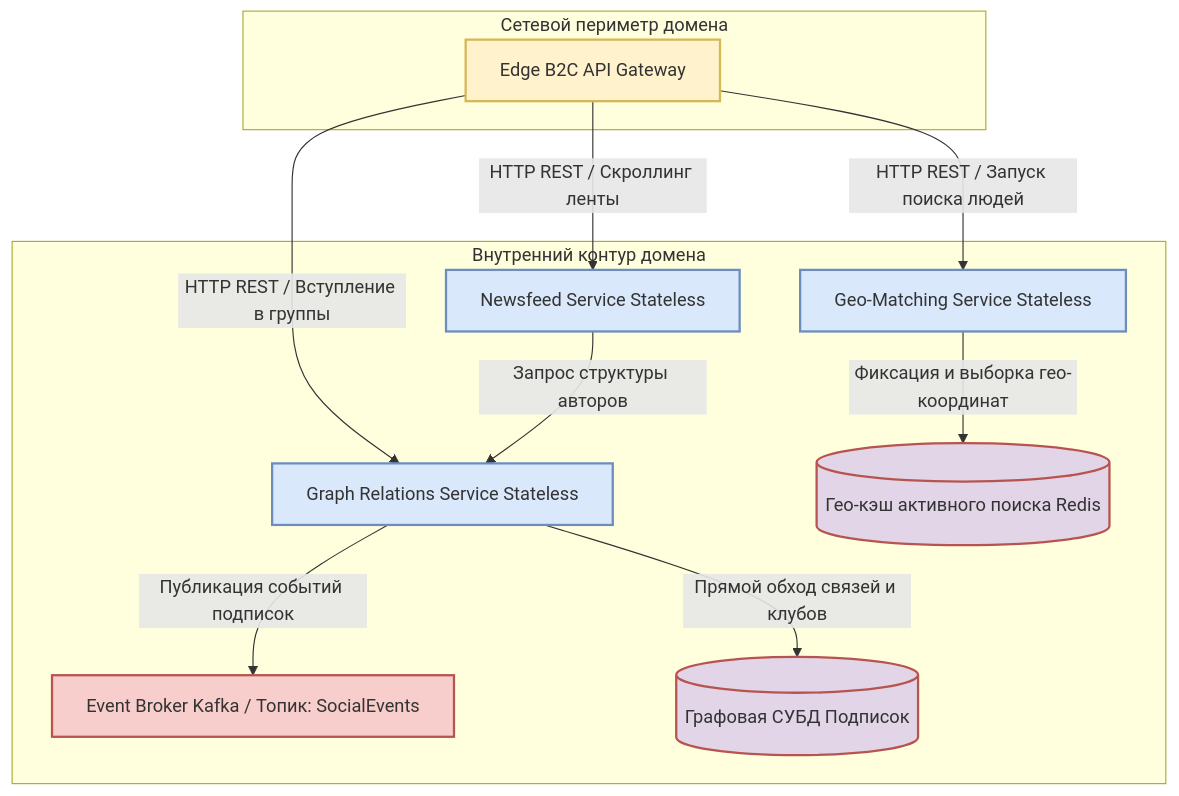
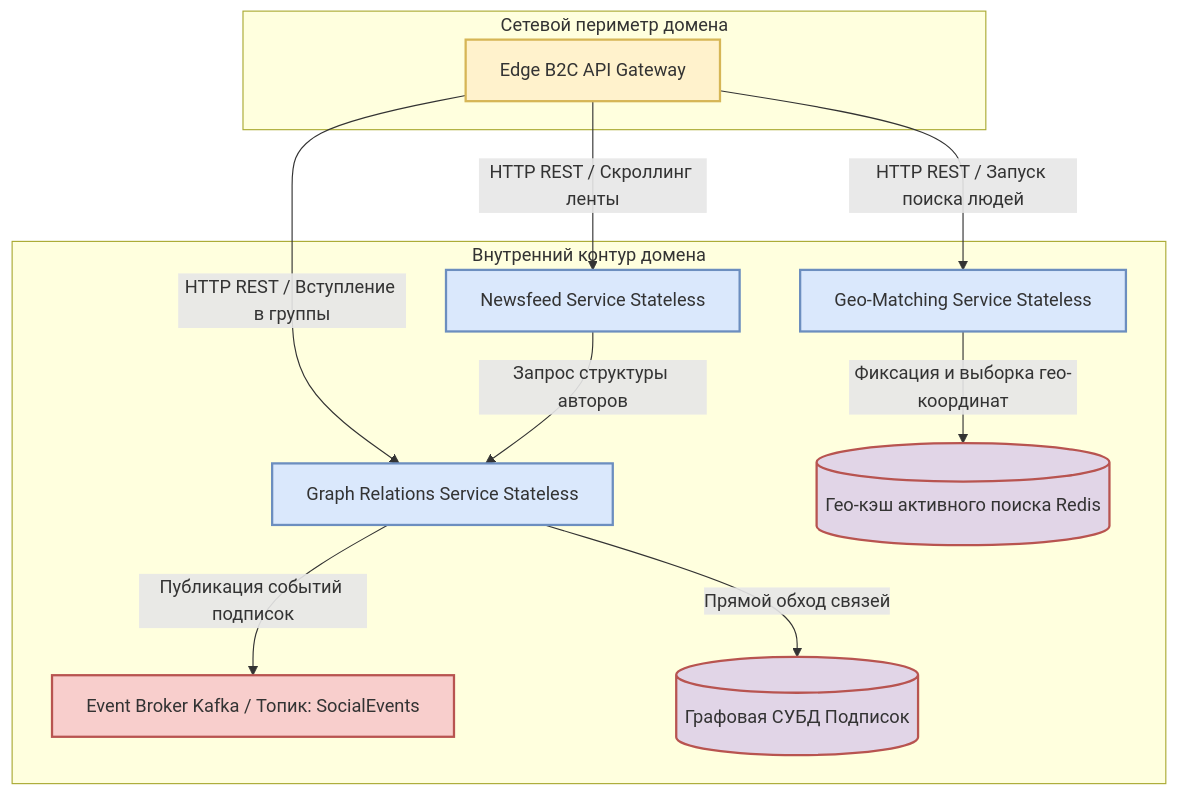
One commit to Maksim-Burning-Inside/Sports-app-architecture changed the fourth of 5 diagrams in stage-2-planning/13-component-architecture.md. Above: the diagram before and after it, drawn with Mermaid.

````diff
--- a/stage-2-planning/13-component-architecture.md
+++ b/stage-2-planning/13-component-architecture.md
@@ -197,31 +197,31 @@
 ```mermaid
 %%{init: {"flowchart": {"htmlLabels": true, "wrappingWidth": 500}, "themeCSS": ".edgeLabel foreignObject { overflow: visible; !important } .edgeLabel span { white-space: normal; !important; display: block; max-width: 500px; }"}}%%
 graph TD
     %% Описание стилей для красивого отображения
     classDef perimeter fill:#fff2cc,stroke:#d6b656,stroke-width:2px;
     classDef internal fill:#dae8fc,stroke:#6c8ebf,stroke-width:2px;
     classDef db fill:#e1d5e7,stroke:#b85450,stroke-width:2px;
     classDef queue fill:#f8cecc,stroke:#b85450,stroke-width:2px;
 
     subgraph Сетевой периметр домена
         B1[Edge B2C API Gateway]:::perimeter
     end
 
     subgraph Внутренний контур домена
         C1[Newsfeed Service Stateless]:::internal
         C2[Graph Relations Service Stateless]:::internal
         C3[Geo-Matching Service Stateless]:::internal
         D1[Event Broker Kafka / Топик: SocialEvents]:::queue
         F1[(Графовая СУБД Подписок)]:::db
         F2[(Гео-кэш активного поиска Redis)]:::db
     end
 
     %% Взаимодействие компонентов и движение трафика
     B1 -->|HTTP REST / Скроллинг ленты| C1
     B1 -->|HTTP REST / Вступление в группы| C2
     B1 -->|HTTP REST / Запуск поиска людей| C3
     C1 -->|Запрос структуры авторов| C2
-    C2 -->|Прямой обход связей и клубов| F1
+    C2 -->|Прямой обход связей| F1
     C3 -->|Фиксация и выборка гео-координат| F2
     C2 -->|Публикация событий подписок| D1
 ```
````
